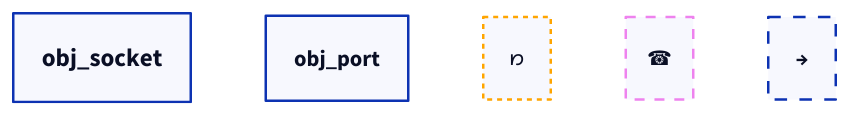
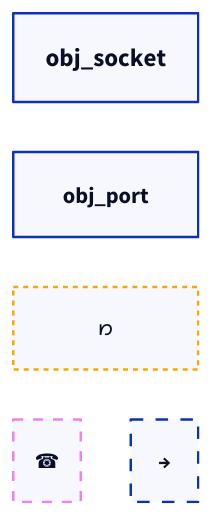
Before and after one commit to brantmerrell/diagrams: the diagram in manual/classes/L4.d2, drawn with D2. The commit also changed 25 other files, not shown here.

```diff
--- a/manual/classes/L4.d2
+++ b/manual/classes/L4.d2
@@ -1,32 +1,33 @@
+grid-rows: 4
 obj_socket: {
   style: {
     font-size: 20
   }
 }
 obj_port: {
   style: {
     font-size: 18
   }
 }
 edge_own: {
   label: 𐑽 # Savian Letter Ear (listens)
   style: {
     stroke-width: 2
     stroke-dash: 2
     stroke: Orange
   }
 }
 edge_call: {
   label: ☎ # calls
   style: {
     stroke-dash: 4
     stroke: Violet
   }
 }
 edge_forward: {
   label: → # forwards
   style: {
     stroke-dash: 5
     stroke-width: 2
   }
 }
```
